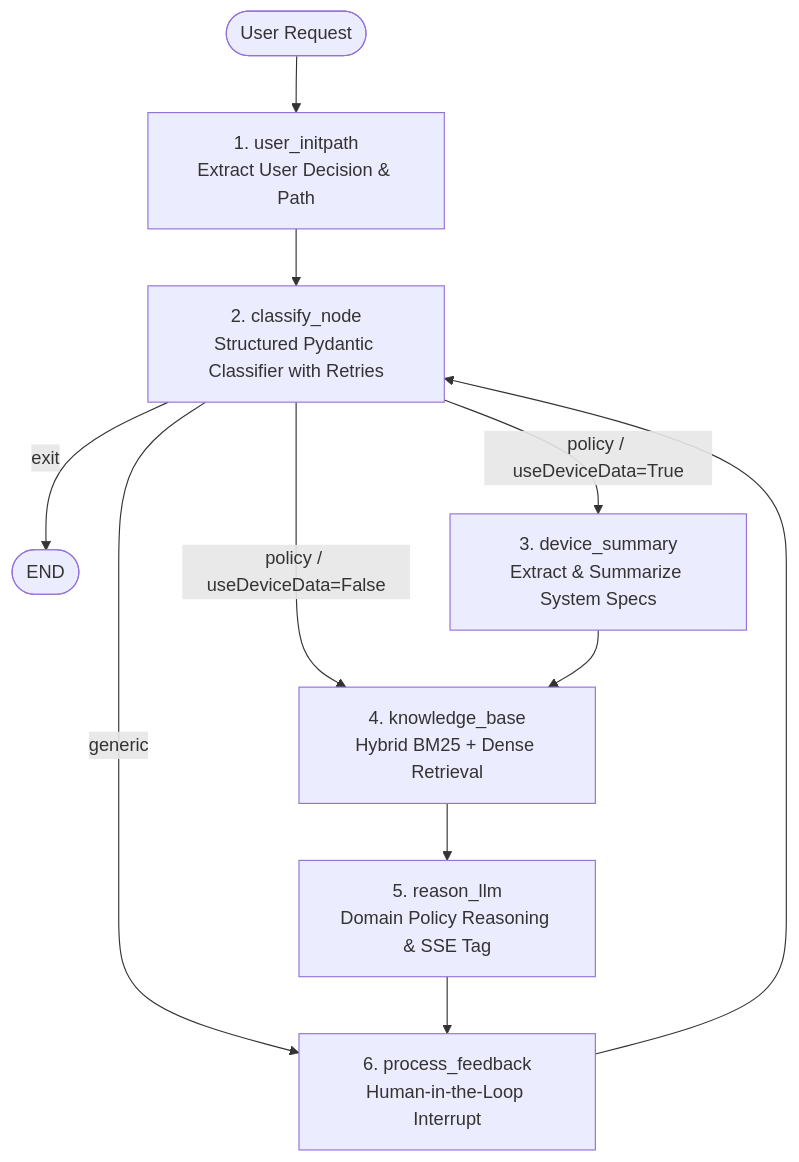
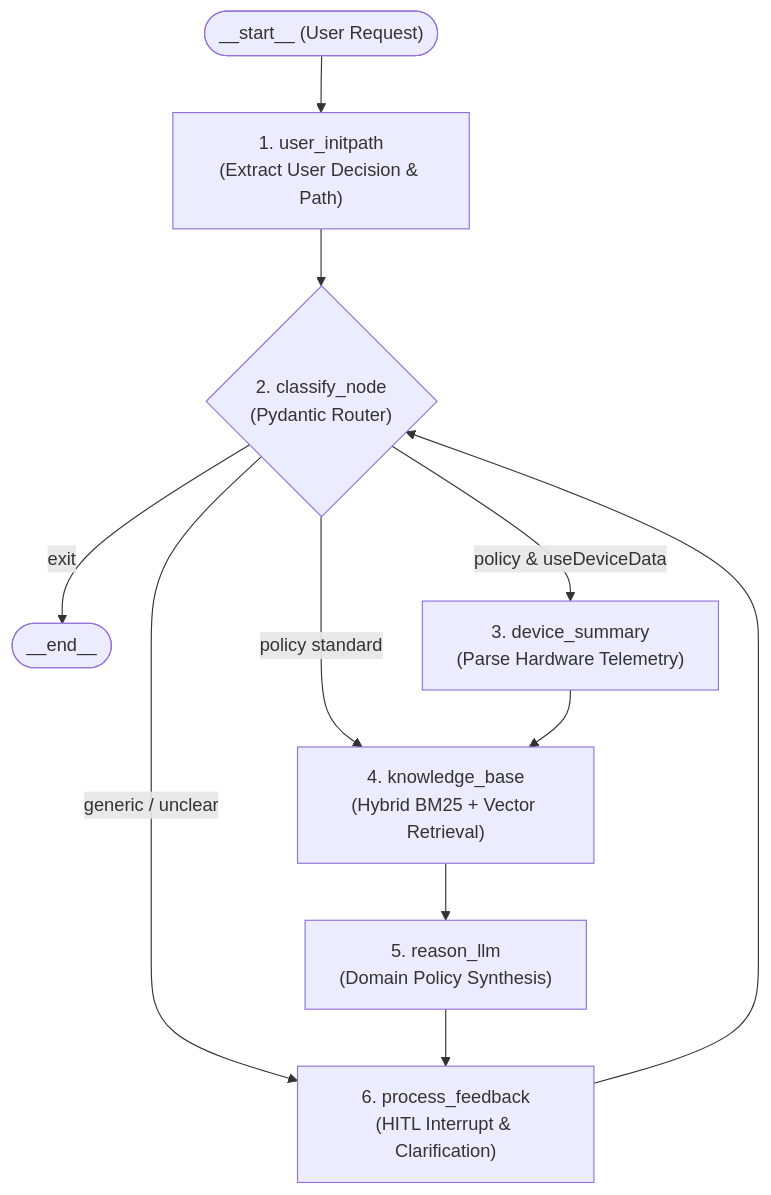
One commit to ambideXtrous9/Langchain-Langgraph-Notebooks changed the fifth of 14 diagrams in README.md. Above: the diagram before and after it, drawn with Mermaid. The commit also changed other lines of this file, not shown here.

Commit message:
docs(readme): thoroughly clean, simplify and standardize all 14 architecture and workflow diagrams

````diff
--- a/README.md
+++ b/README.md
@@ -495,15 +471,15 @@
 ```mermaid
 flowchart TD
-    Start([User Request]) --> UserInitPath[1. user_initpath\nExtract User Decision & Path]
-    UserInitPath --> ClassifyNode[2. classify_node\nStructured Pydantic Classifier with Retries]
+    Start(["__start__ (User Request)"]) --> UserInitPath["1. user_initpath\n(Extract User Decision & Path)"]
+    UserInitPath --> ClassifyNode{"2. classify_node\n(Pydantic Router)"}
     
-    ClassifyNode -- "exit" --> EndNode([END])
-    ClassifyNode -- "generic" --> FeedbackLoop[6. process_feedback\nHuman-in-the-Loop Interrupt]
-    ClassifyNode -- "policy / useDeviceData=True" --> DeviceSummary[3. device_summary\nExtract & Summarize System Specs]
-    ClassifyNode -- "policy / useDeviceData=False" --> KnowledgeBase[4. knowledge_base\nHybrid BM25 + Dense Retrieval]
+    ClassifyNode -->|exit| EndNode(["__end__"])
+    ClassifyNode -->|generic / unclear| FeedbackLoop["6. process_feedback\n(HITL Interrupt & Clarification)"]
+    ClassifyNode -->|policy & useDeviceData| DeviceSummary["3. device_summary\n(Parse Hardware Telemetry)"]
+    ClassifyNode -->|policy standard| KnowledgeBase["4. knowledge_base\n(Hybrid BM25 + Vector Retrieval)"]
     
     DeviceSummary --> KnowledgeBase
-    KnowledgeBase --> ReasonLLM[5. reason_llm\nDomain Policy Reasoning & SSE Tag]
+    KnowledgeBase --> ReasonLLM["5. reason_llm\n(Domain Policy Synthesis)"]
     ReasonLLM --> FeedbackLoop
     FeedbackLoop --> ClassifyNode
 ```
````
